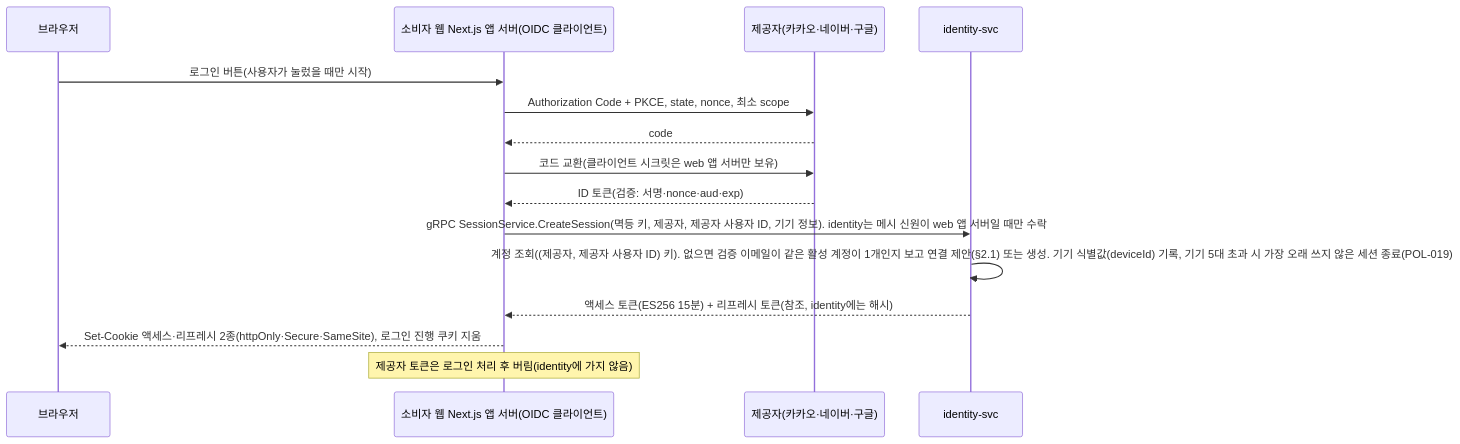
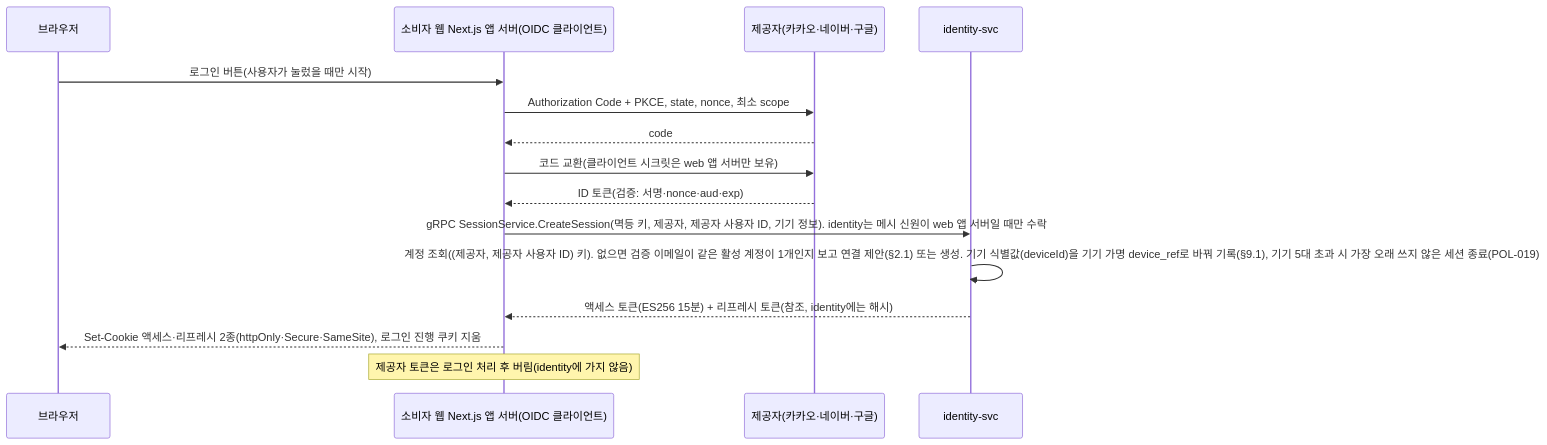
One commit to peaket/peaket changed the first of 4 diagrams in docs/features/identity.md. Above: the diagram before and after it, drawn with Mermaid. The commit also changed other lines of this file and 41 other files, not shown here.

````diff
--- a/docs/features/identity.md
+++ b/docs/features/identity.md
@@ -25,17 +25,17 @@
 ```mermaid
 sequenceDiagram
     participant B as 브라우저
     participant W as 소비자 웹 Next.js 앱 서버(OIDC 클라이언트)
     participant OP as 제공자(카카오·네이버·구글)
     participant I as identity-svc
     B->>W: 로그인 버튼(사용자가 눌렀을 때만 시작)
     W->>OP: Authorization Code + PKCE, state, nonce, 최소 scope
     OP-->>W: code
     W->>OP: 코드 교환(클라이언트 시크릿은 web 앱 서버만 보유)
     OP-->>W: ID 토큰(검증: 서명·nonce·aud·exp)
     W->>I: gRPC SessionService.CreateSession(멱등 키, 제공자, 제공자 사용자 ID, 기기 정보). identity는 메시 신원이 web 앱 서버일 때만 수락
-    I->>I: 계정 조회((제공자, 제공자 사용자 ID) 키). 없으면 검증 이메일이 같은 활성 계정이 1개인지 보고 연결 제안(§2.1) 또는 생성. 기기 식별값(deviceId) 기록, 기기 5대 초과 시 가장 오래 쓰지 않은 세션 종료(POL-019)
+    I->>I: 계정 조회((제공자, 제공자 사용자 ID) 키). 없으면 검증 이메일이 같은 활성 계정이 1개인지 보고 연결 제안(§2.1) 또는 생성. 기기 식별값(deviceId)을 기기 가명 device_ref로 바꿔 기록(§9.1), 기기 5대 초과 시 가장 오래 쓰지 않은 세션 종료(POL-019)
     I-->>W: 액세스 토큰(ES256 15분) + 리프레시 토큰(참조, identity에는 해시)
     W-->>B: Set-Cookie 액세스·리프레시 2종(httpOnly·Secure·SameSite), 로그인 진행 쿠키 지움
     Note over W: 제공자 토큰은 로그인 처리 후 버림(identity에 가지 않음)
 ```
````
